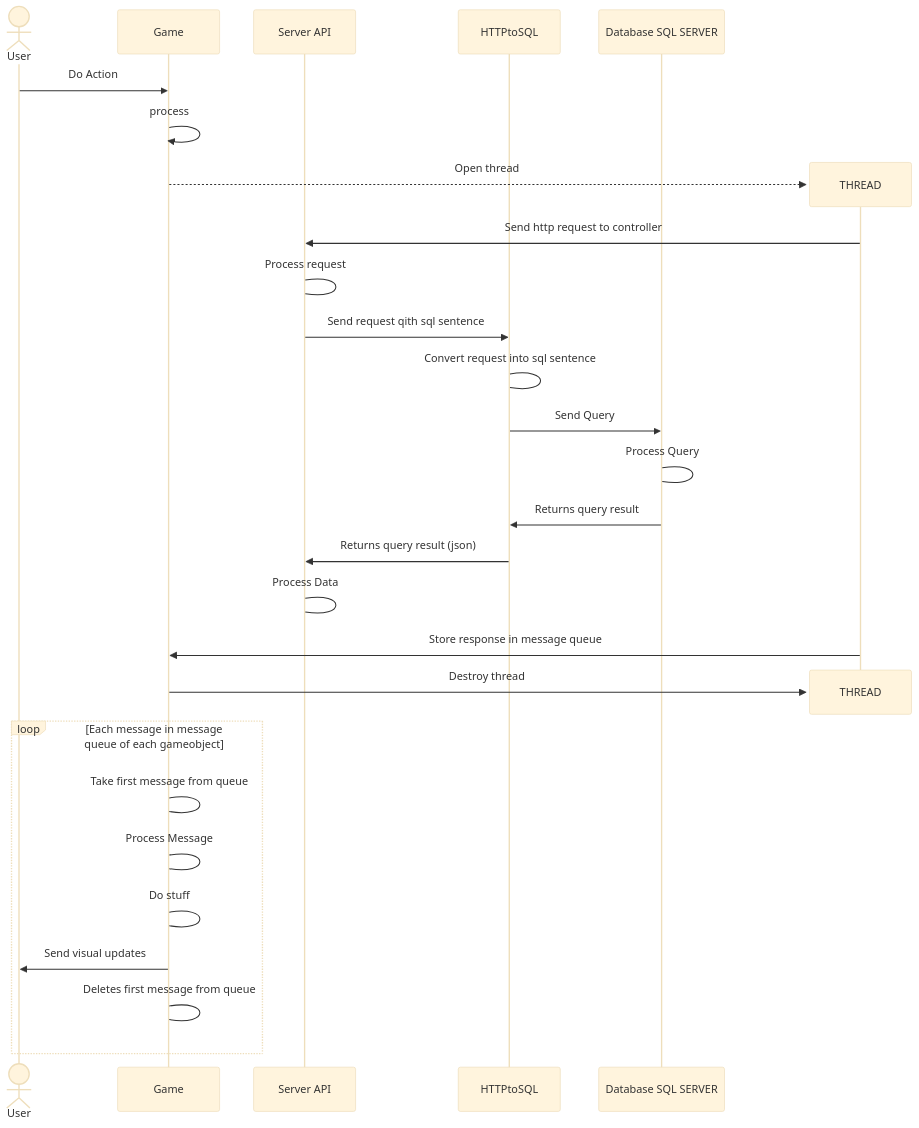
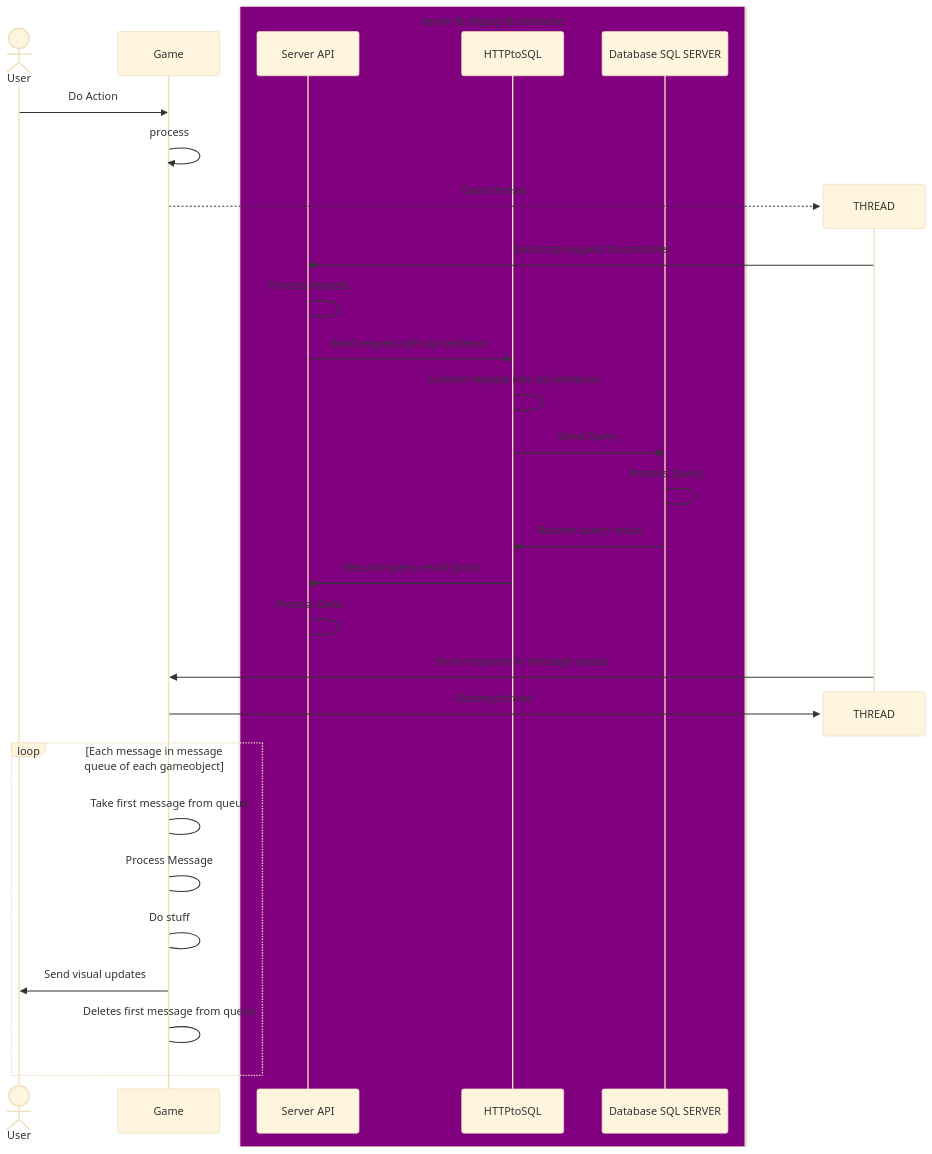
One commit to dchaves80/Automata changed the diagram in GeneralDataflow.mmd. Above: the diagram before and after it, drawn with Mermaid (base theme).

```diff
--- a/GeneralDataflow.mmd
+++ b/GeneralDataflow.mmd
@@ -1,34 +1,36 @@
 sequenceDiagram
   actor user as User
   participant client as Game
+  box Purple server & httpsql & database
   participant server as Server API
   participant httpsql as HTTPtoSQL
   participant database as Database SQL SERVER
+  end
 %% 1
   user->>client: Do Action
   client->>client: process
 %% 1
   create participant thread as THREAD
   client-->>thread:Open thread
   thread->>server:Send http request to controller
   server->server:Process request
   server->>httpsql:Send request qith sql sentence
   httpsql->httpsql:Convert request into sql sentence
   httpsql->>database:Send Query
   database->database:Process Query
 %% 3
   database->>httpsql:Returns query result
   httpsql->>server:Returns query result (json)
   server->server:Process Data
   thread->>client:Store response in message queue
   destroy thread
   client->>thread:Destroy thread
   
 %% 4
   loop Each message in message queue of each gameobject
     client->client:Take first message from queue
     client->client:Process Message
     client->client:Do stuff
     client->>user:Send visual updates
     client->client:Deletes first message from queue
   end
```
